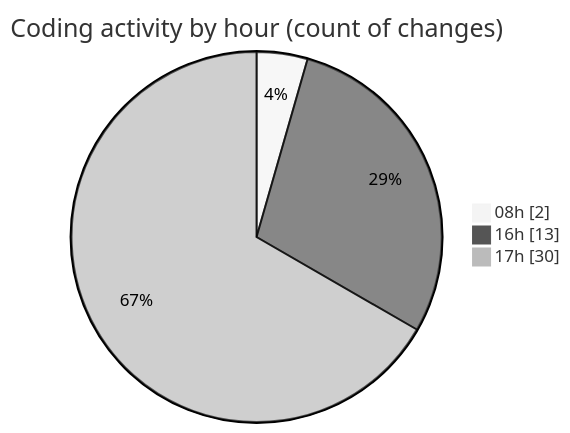
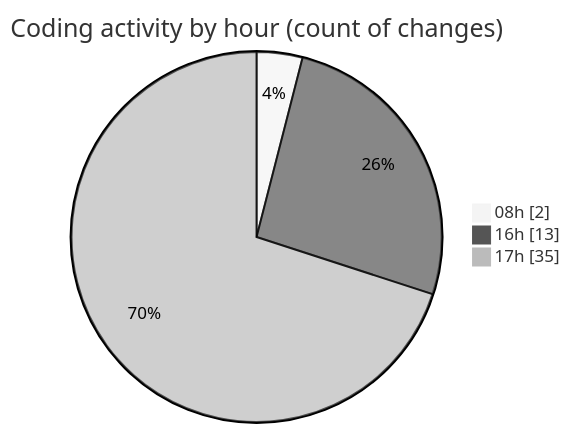
Before and after one commit to robertbonfada/code-tracking: the second of 2 diagrams in 2025-03-14/lumine-web/README.md, drawn with Mermaid (neutral theme). The commit also changed other lines of this file and 1 other file, not shown here.

````diff
--- a/2025-03-14/lumine-web/README.md
+++ b/2025-03-14/lumine-web/README.md
@@ -43,7 +44,7 @@
 ```mermaid
 pie showData
 title Coding activity by hour (count of changes)
 "08h" : 2
 "16h" : 13
-"17h" : 30
+"17h" : 35
 ```
````
